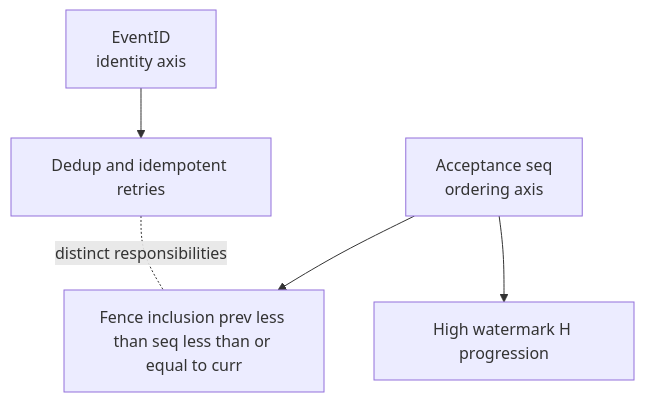
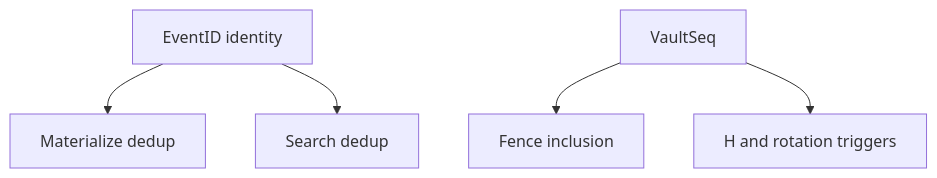
Before and after one commit to kluzzebass/gastrolog: the diagram in docs/fan-out/v2/high-watermark-contract.md, drawn with Mermaid. The commit also changed other lines of this file and 9 other files, not shown here.

````diff
--- a/docs/fan-out/v2/high-watermark-contract.md
+++ b/docs/fan-out/v2/high-watermark-contract.md
@@ -119,7 +40,7 @@
 ```mermaid
 flowchart TD
-    EV[EventID<br/>identity axis] --> DD[Dedup and idempotent retries]
-    SQ[Acceptance seq<br/>ordering axis] --> FI[Fence inclusion prev less than seq less than or equal to curr]
-    SQ --> HW[High watermark H progression]
-    DD -. distinct responsibilities .- FI
+    EV[EventID identity] --> MD[Materialize dedup]
+    EV --> SR[Search dedup]
+    SQ[VaultSeq] --> FI[Fence inclusion]
+    SQ --> HW[H and rotation triggers]
 ```
````
